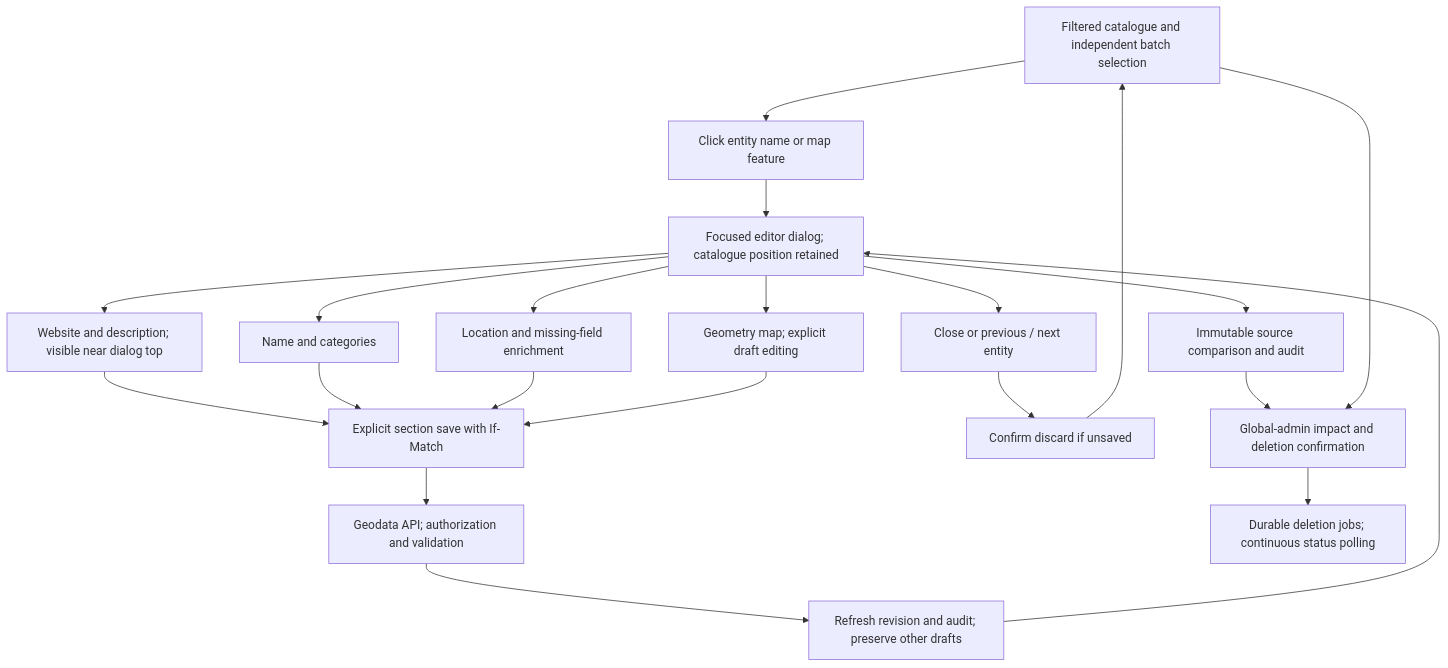
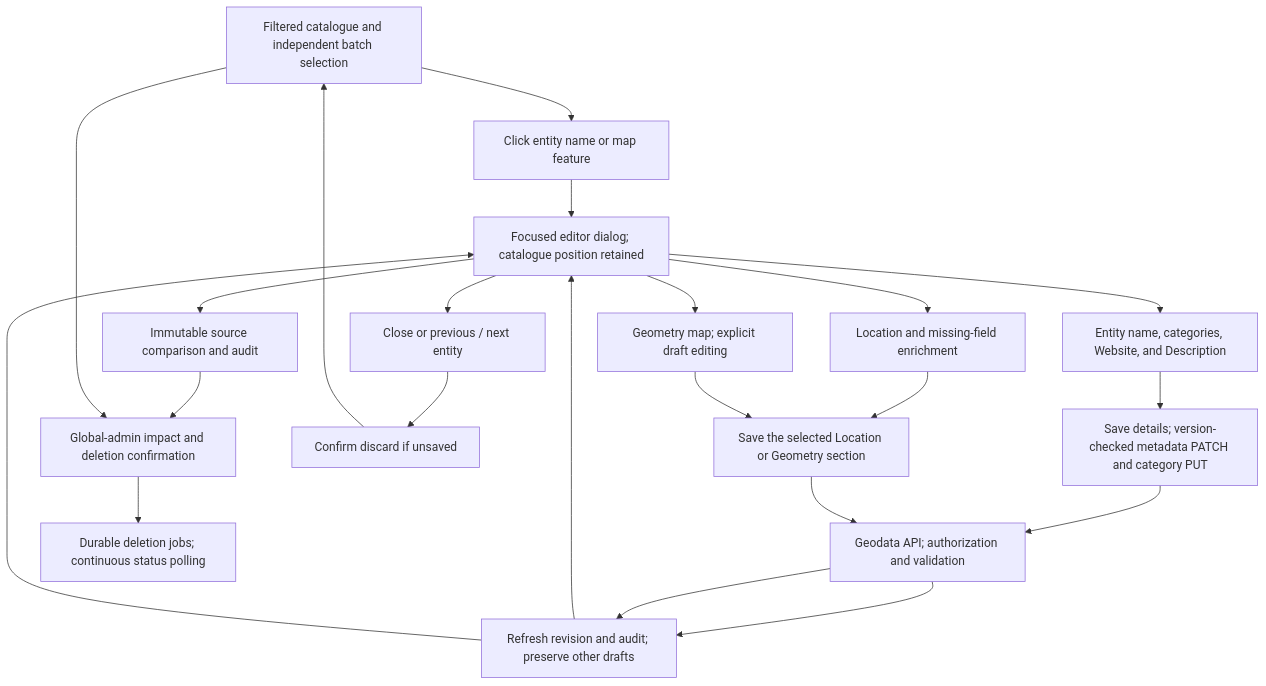
The diagram in docs/architecture/diagrams/entity-catalogue-editor.md (myota-platform/myota-docs), drawn with Mermaid before and after one commit. The commit also changed 4 other files, not shown here.

First line of the commit message:
docs(admin): record complete geodata details save

````diff
--- a/docs/architecture/diagrams/entity-catalogue-editor.md
+++ b/docs/architecture/diagrams/entity-catalogue-editor.md
@@ -3,24 +3,25 @@
 ```mermaid
 flowchart TD
   Catalogue["Filtered catalogue and independent batch selection"]
   Select["Click entity name or map feature"]
   Editor["Focused editor dialog; catalogue position retained"]
-  Details["Name and categories"]
-  PublicDetails["Website and description; visible near dialog top"]
+  Details["Entity name, categories, Website, and Description"]
+  SaveDetails["Save details; version-checked metadata PATCH and category PUT"]
+  SaveSection["Save the selected Location or Geometry section"]
   Location["Location and missing-field enrichment"]
   Geometry["Geometry map; explicit draft editing"]
   Evidence["Immutable source comparison and audit"]
-  Save["Explicit section save with If-Match"]
   API["Geodata API; authorization and validation"]
   Refresh["Refresh revision and audit; preserve other drafts"]
   Leave["Close or previous / next entity"]
   Guard["Confirm discard if unsaved"]
   Delete["Global-admin impact and deletion confirmation"]
   Jobs["Durable deletion jobs; continuous status polling"]
   Catalogue --> Select --> Editor
-  Editor --> PublicDetails & Details & Location & Geometry & Evidence
-  PublicDetails & Details & Location & Geometry --> Save --> API --> Refresh --> Editor
+  Editor --> Details & Location & Geometry & Evidence
+  Details --> SaveDetails --> API --> Refresh --> Editor
+  Location & Geometry --> SaveSection --> API --> Refresh --> Editor
   Editor --> Leave --> Guard --> Catalogue
   Evidence --> Delete --> Jobs
   Catalogue --> Delete
 ```
````
